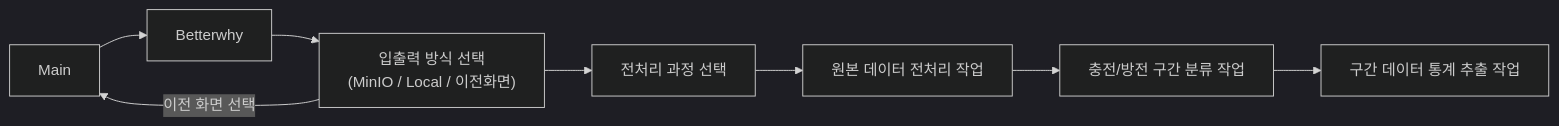
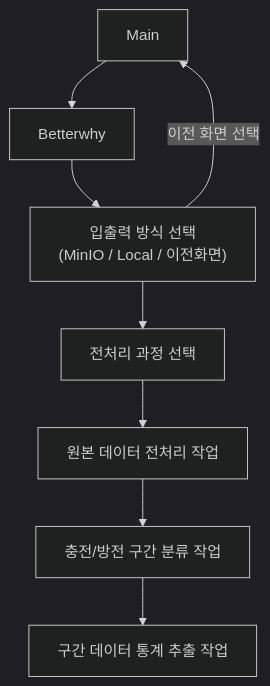
The diagram in readme.md (WO2IN/posAppSystem), drawn with Mermaid (dark theme) before and after one commit.

````diff
--- a/readme.md
+++ b/readme.md
@@ -1,13 +1,13 @@
 ```mermaid
-graph LR;
+graph  TB;
     Main --> betterwhy[Betterwhy]
     
     betterwhy --> input/output["입출력 방식 선택 <br> (MinIO / Local / 이전화면)"] 
 
     input/output --> preproc_select[전처리 과정 선택]
     input/output --> |이전 화면 선택|Main
 
     preproc_select --> frist_preproc[원본 데이터 전처리 작업]
     frist_preproc --> classify_charging[충전/방전 구간 분류 작업]
     classify_charging --> section_statistics[구간 데이터 통계 추출 작업]
 ```
````
